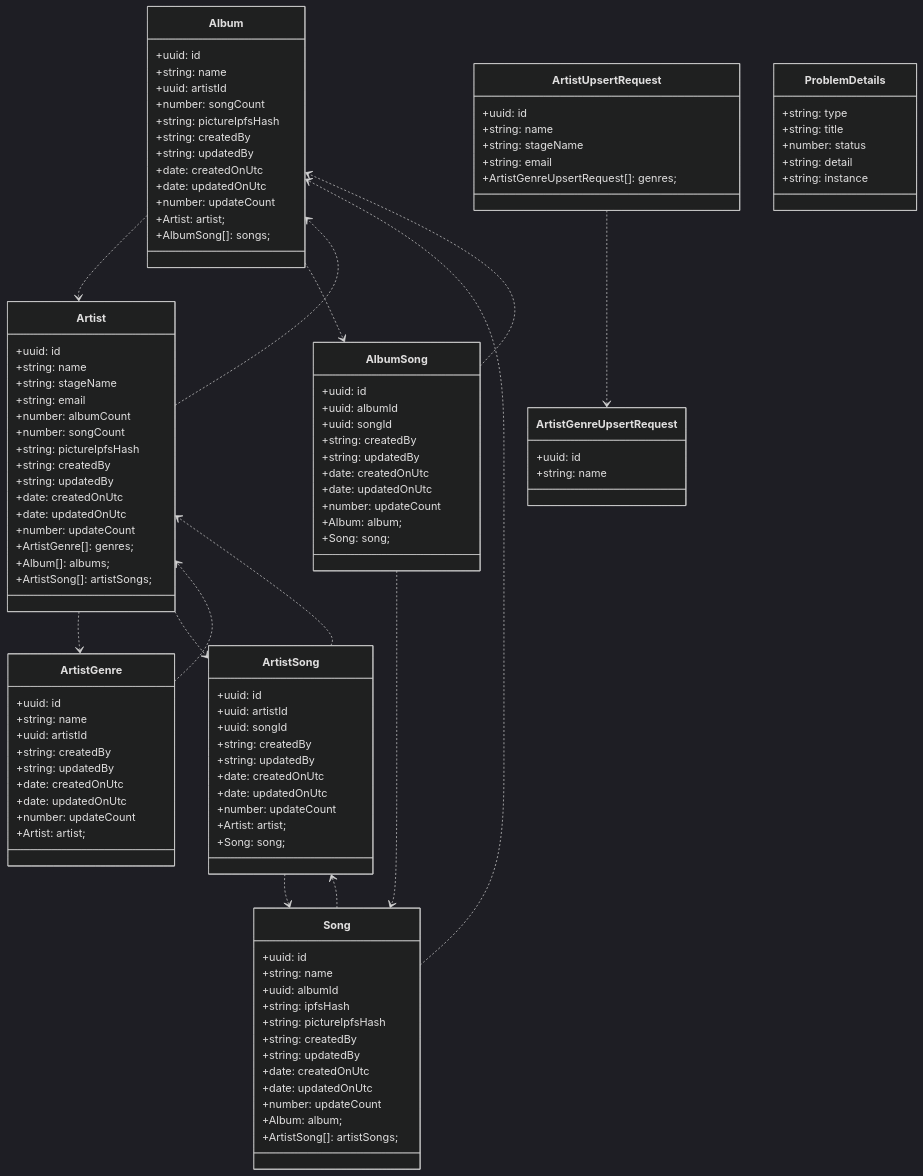
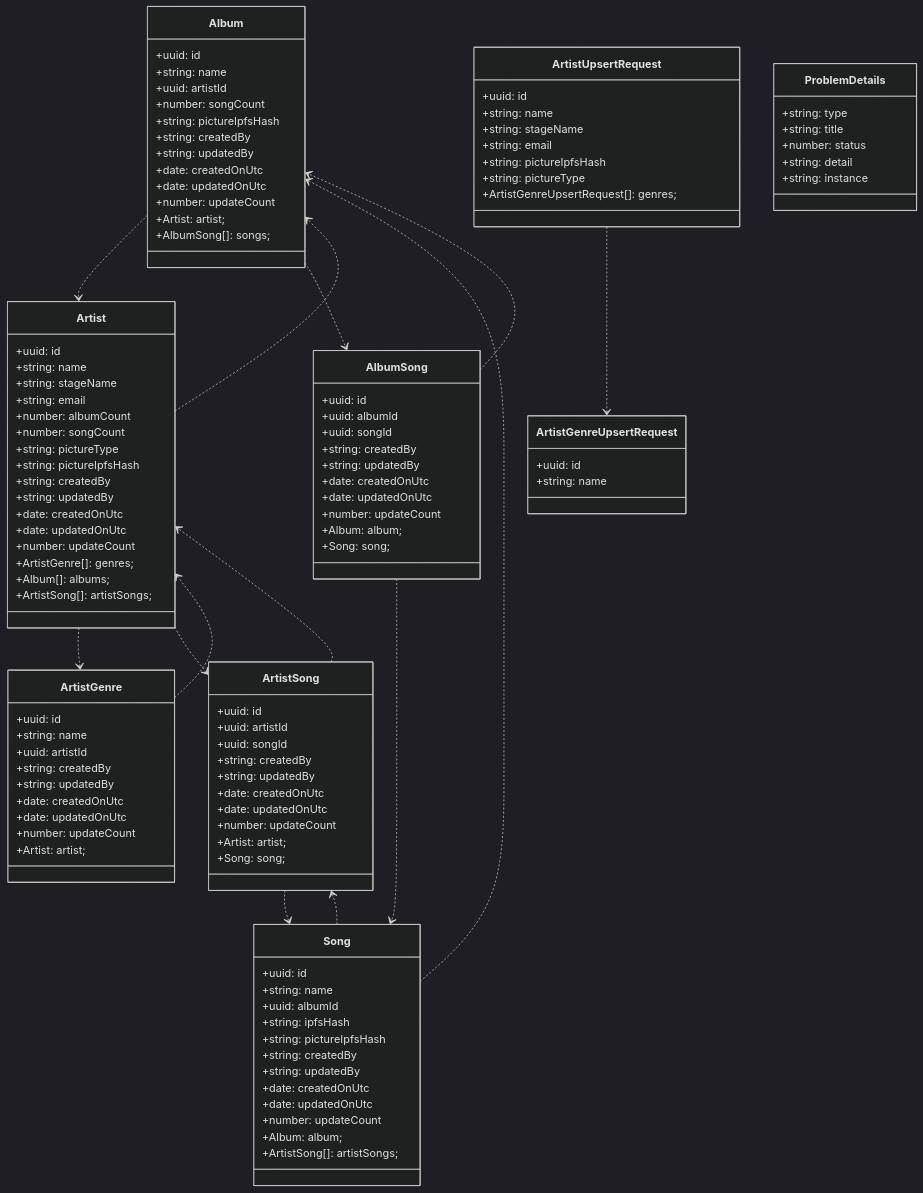
Before and after one commit to ikemtz/ITEC5905: the diagram in docs/artists-webapi/class-diagram.md, drawn with Mermaid (dark theme). The commit also changed 81 other files, not shown here.

```diff
--- a/docs/artists-webapi/class-diagram.md
+++ b/docs/artists-webapi/class-diagram.md
@@ -48,6 +48,7 @@
     +string: email
     +number: albumCount
     +number: songCount
+    +string: pictureType
     +string: pictureIpfsHash
     +string: createdBy
     +string: updatedBy
@@ -90,6 +91,8 @@
     +string: name
     +string: stageName
     +string: email
+    +string: pictureIpfsHash
+    +string: pictureType
     +ArtistGenreUpsertRequest[]: genres;
   }
   class ProblemDetails{
```
